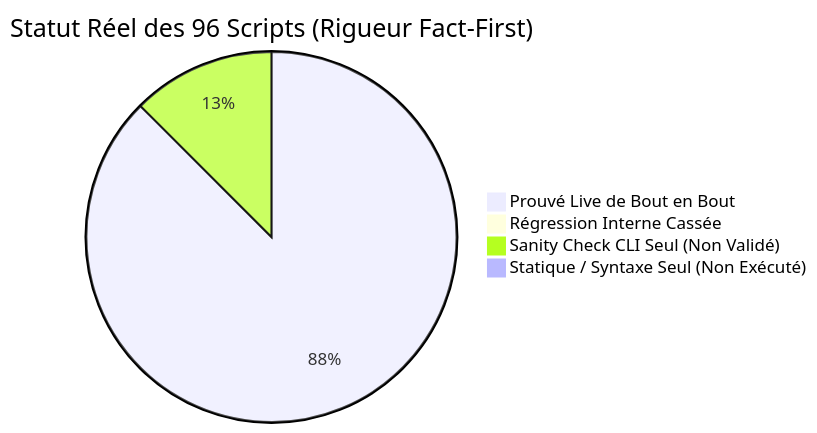
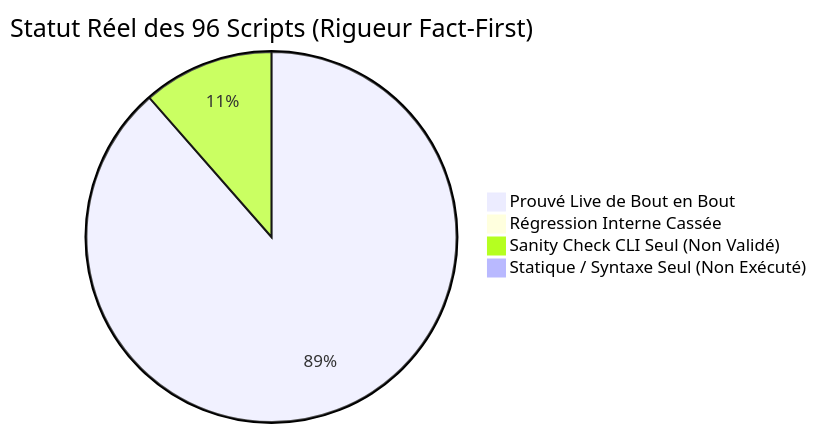
One commit to yoyonel/pydbsrt changed the diagram in docs/reference/2026-11-10-audit-exhaustif-scripts-regressions.md. Above: the diagram before and after it, drawn with Mermaid. The commit also changed other lines of this file and 3 other files, not shown here.

Commit message:
fix(ingestion): dynamic root, robust dbsrt resolution and cli check mode in extract nas snippets (#69)

````diff
--- a/docs/reference/2026-11-10-audit-exhaustif-scripts-regressions.md
+++ b/docs/reference/2026-11-10-audit-exhaustif-scripts-regressions.md
@@ -16,7 +16,7 @@
 ```mermaid
 pie title Statut Réel des 96 Scripts (Rigueur Fact-First)
-    "Prouvé Live de Bout en Bout" : 84
+    "Prouvé Live de Bout en Bout" : 85
     "Régression Interne Cassée" : 0
-    "Sanity Check CLI Seul (Non Validé)" : 12
+    "Sanity Check CLI Seul (Non Validé)" : 11
     "Statique / Syntaxe Seul (Non Exécuté)" : 0
 ```
````
